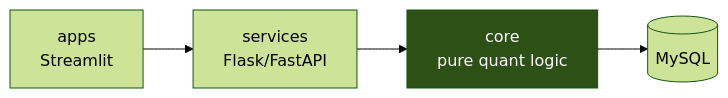
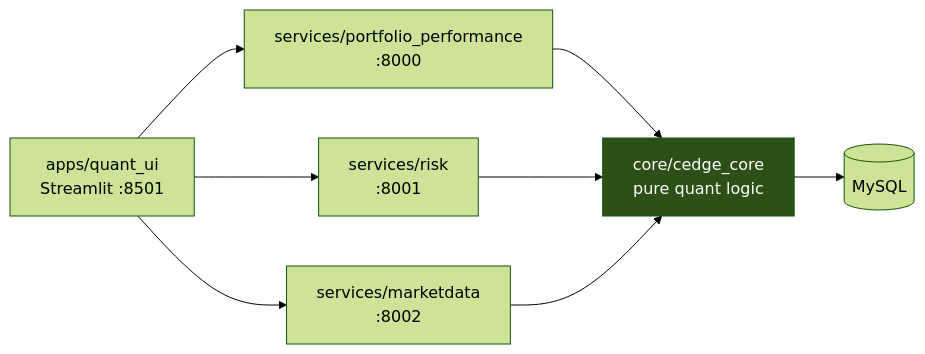
The diagram in README.md (ChrisIJH/cedge), drawn with Mermaid (forest theme) before and after one commit. The commit also changed other lines of this file, not shown here.

````diff
--- a/README.md
+++ b/README.md
@@ -16,7 +22,11 @@
 ```mermaid
 graph LR
-    A[apps<br/>Streamlit] --> S[services<br/>Flask/FastAPI]
-    S --> C[core<br/>pure quant logic]
+    A[apps/quant_ui<br/>Streamlit :8501] --> S1[services/portfolio_performance<br/>:8000]
+    A --> S2[services/risk<br/>:8001]
+    A --> S3[services/marketdata<br/>:8002]
+    S1 --> C[core/cedge_core<br/>pure quant logic]
+    S2 --> C
+    S3 --> C
     C --> D[(MySQL)]
     style C fill:#2d5016,color:#fff
 ```
````
